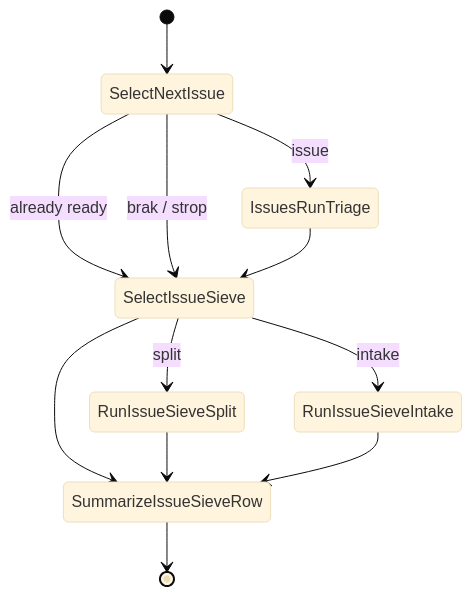
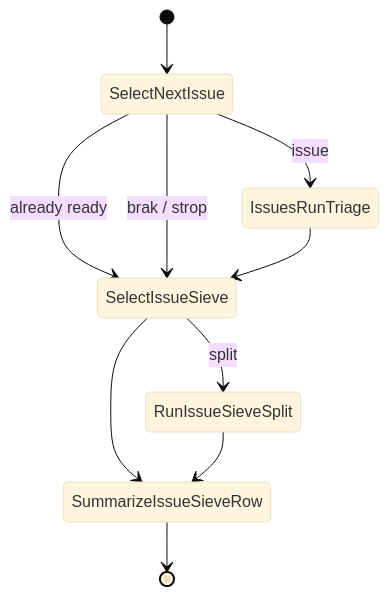
One commit to mikolaj92/lokay changed diagram 30 of 44 in README.md. Above: the diagram before and after it, drawn with Mermaid (base theme). The commit also changed other lines of this file and 79 other files, not shown here.

````diff
--- a/README.md
+++ b/README.md
@@ -1102,14 +939,12 @@
 ```mermaid
 stateDiagram-v2
     [*] --> SelectNextIssue
     SelectNextIssue --> IssuesRunTriage: issue
     SelectNextIssue --> SelectIssueSieve: already ready
     SelectNextIssue --> SelectIssueSieve: brak / strop
     IssuesRunTriage --> SelectIssueSieve
     SelectIssueSieve --> RunIssueSieveSplit: split
-    SelectIssueSieve --> RunIssueSieveIntake: intake
     SelectIssueSieve --> SummarizeIssueSieveRow
     RunIssueSieveSplit --> SummarizeIssueSieveRow
-    RunIssueSieveIntake --> SummarizeIssueSieveRow
     SummarizeIssueSieveRow --> [*]
 ```
````
